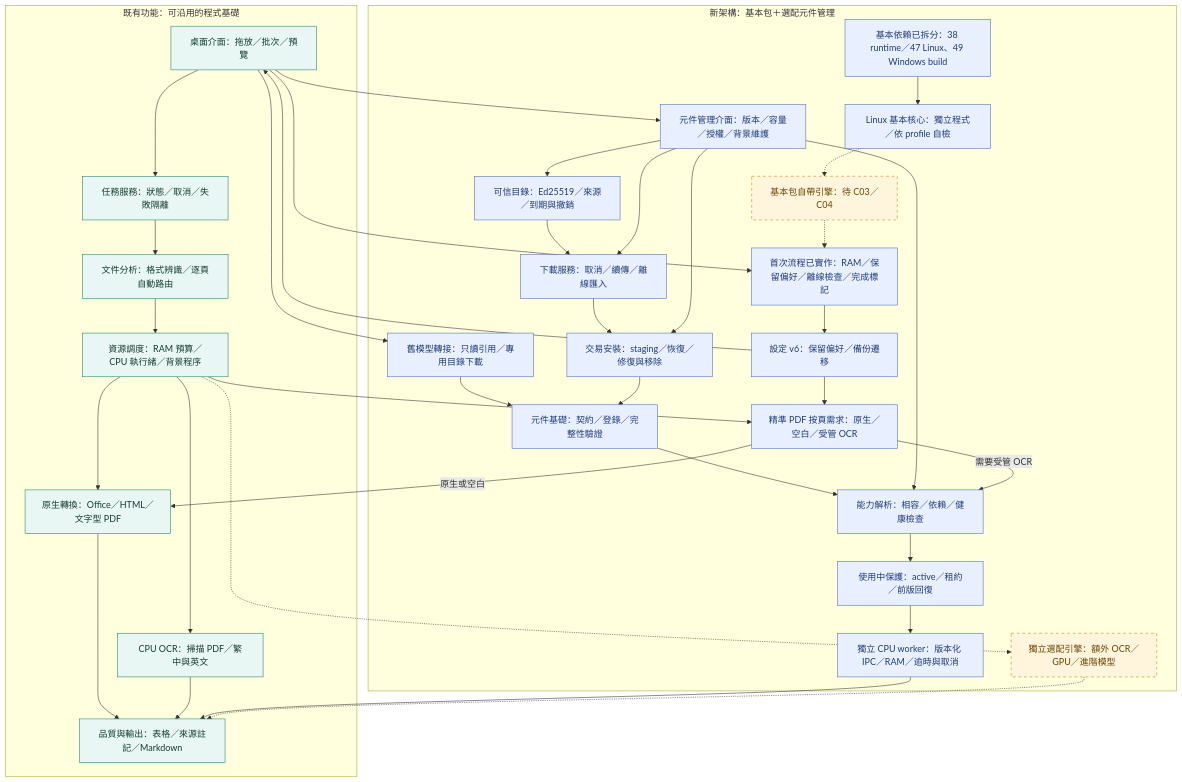
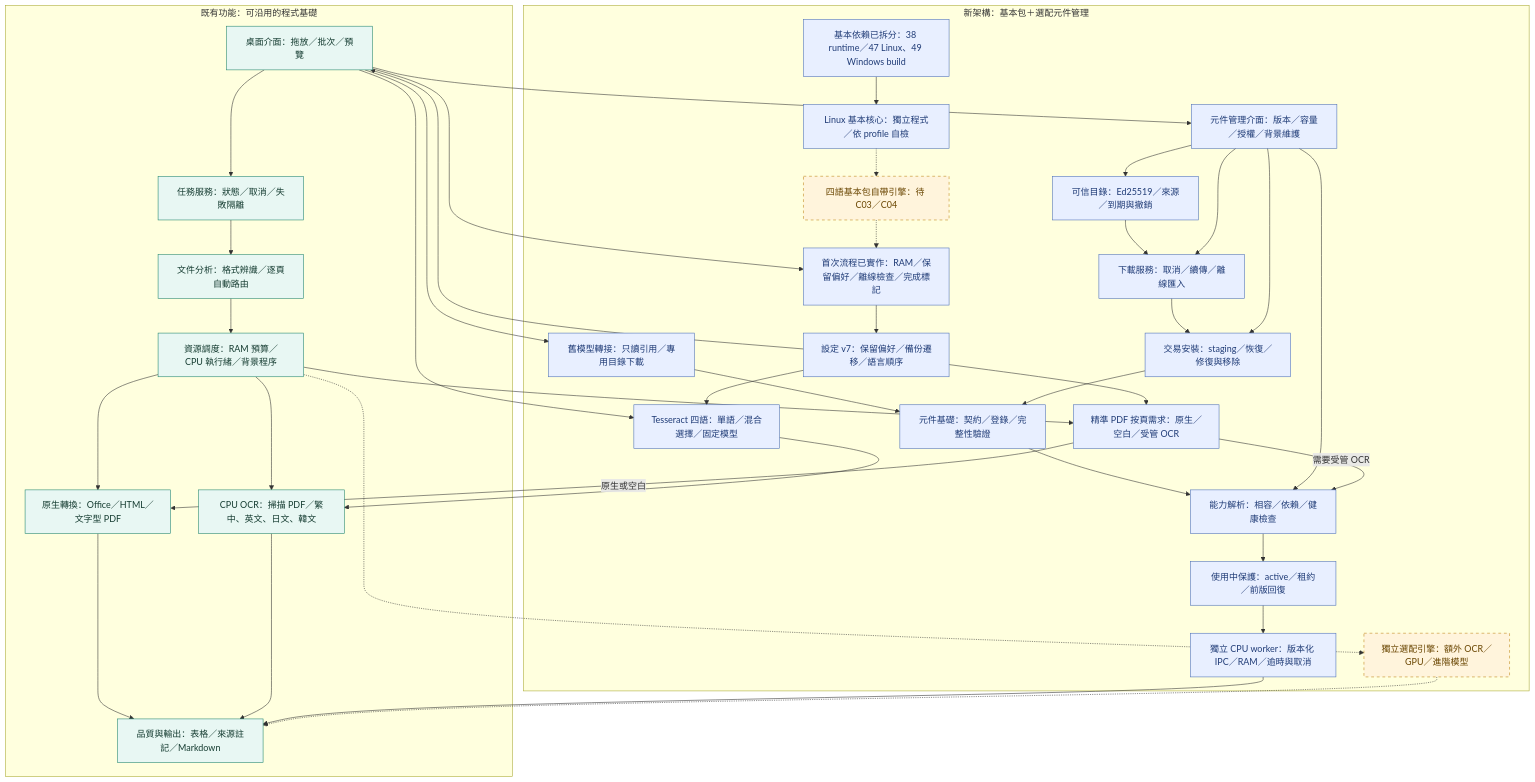
Before and after one commit to ChouTa-chuan/MarkItDown-exe: the diagram in README.md, drawn with Mermaid. The commit also changed other lines of this file and 89 other files, not shown here.

````diff
--- a/README.md
+++ b/README.md
@@ -21,58 +21,62 @@
 ```mermaid
 flowchart TD
     subgraph Existing["既有功能：可沿用的程式基礎"]
         UI["桌面介面：拖放／批次／預覽"] --> APP["任務服務：狀態／取消／失敗隔離"]
         APP --> PLAN["文件分析：格式辨識／逐頁自動路由"]
         PLAN --> RES["資源調度：RAM 預算／CPU 執行緒／背景程序"]
         RES --> NATIVE["原生轉換：Office／HTML／文字型 PDF"]
-        RES --> OCR["CPU OCR：掃描 PDF／繁中與英文"]
+        RES --> OCR["CPU OCR：掃描 PDF／繁中、英文、日文、韓文"]
         NATIVE --> QUALITY["品質與輸出：表格／來源註記／Markdown"]
         OCR --> QUALITY
     end
     subgraph Planned["新架構：基本包＋選配元件管理"]
         COMPONENTUI["元件管理介面：版本／容量／授權／背景維護"]
-        FIRST["基本包自帶引擎：待 C03／C04"]
+        FIRST["四語基本包自帶引擎：待 C03／C04"]
         PROFILE["基本依賴已拆分：38 runtime／47 Linux、49 Windows build"]
         PROFILEBUILD["Linux 基本核心：獨立程式／依 profile 自檢"]
         FIRSTFLOW["首次流程已實作：RAM／保留偏好／離線檢查／完成標記"]
         COMPONENTS["元件基礎：契約／登錄／完整性驗證"]
         CAPABILITY["能力解析：相容／依賴／健康檢查"]
+        LANGUAGES["Tesseract 四語：單語／混合選擇／固定模型"]
         ROUTE["精準 PDF 按頁需求：原生／空白／受管 OCR"]
         CPUWORKER["獨立 CPU worker：版本化 IPC／RAM／逾時與取消"]
         OPTIONAL["獨立選配引擎：額外 OCR／GPU／進階模型"]
         COMPONENTS --> CAPABILITY
         LEGACY["舊模型轉接：只讀引用／專用目錄下載"]
-        PREFS["設定 v6：保留偏好／備份遷移"]
+        PREFS["設定 v7：保留偏好／備份遷移／語言順序"]
         LEGACY --> COMPONENTS
         CATALOG["可信目錄：Ed25519／來源／到期與撤銷"] --> DOWNLOAD["下載服務：取消／續傳／離線匯入"]
         DOWNLOAD --> INSTALL["交易安裝：staging／恢復／修復與移除"]
         INSTALL --> COMPONENTS
         CAPABILITY --> LEASE["使用中保護：active／租約／前版回復"]
     end
+    UI --> LANGUAGES
+    LANGUAGES --> OCR
+    PREFS --> LANGUAGES
     UI --> COMPONENTUI
     COMPONENTUI --> INSTALL
     COMPONENTUI --> CATALOG
     COMPONENTUI --> CAPABILITY
     LEASE --> CPUWORKER
     CPUWORKER --> QUALITY
     RES --> ROUTE
     ROUTE -->|需要受管 OCR| CAPABILITY
     ROUTE -->|原生或空白| NATIVE
     COMPONENTUI --> DOWNLOAD
     UI --> LEGACY
     PREFS --> UI
     UI --> FIRSTFLOW
     FIRSTFLOW --> PREFS
     PROFILE --> PROFILEBUILD
     PROFILEBUILD -.-> FIRST
     FIRST -.-> FIRSTFLOW
     PREFS --> ROUTE
     RES -.-> OPTIONAL
     OPTIONAL -.-> QUALITY
     classDef existing fill:#e8f7f3,stroke:#21856d,color:#153c31;
     classDef foundation fill:#e8efff,stroke:#4c6fb8,color:#203c77;
-    class COMPONENTS,CAPABILITY,LEGACY,PREFS,CATALOG,DOWNLOAD,INSTALL,LEASE,CPUWORKER,COMPONENTUI,FIRSTFLOW,ROUTE,PROFILE,PROFILEBUILD foundation;
+    class COMPONENTS,CAPABILITY,LEGACY,PREFS,CATALOG,DOWNLOAD,INSTALL,LEASE,CPUWORKER,COMPONENTUI,FIRSTFLOW,ROUTE,PROFILE,PROFILEBUILD,LANGUAGES foundation;
     classDef planned fill:#fff4dc,stroke:#be8519,color:#694500,stroke-dasharray:5 5;
     class UI,APP,PLAN,RES,NATIVE,OCR,QUALITY existing;
     class FIRST,OPTIONAL planned;
 ```
````
